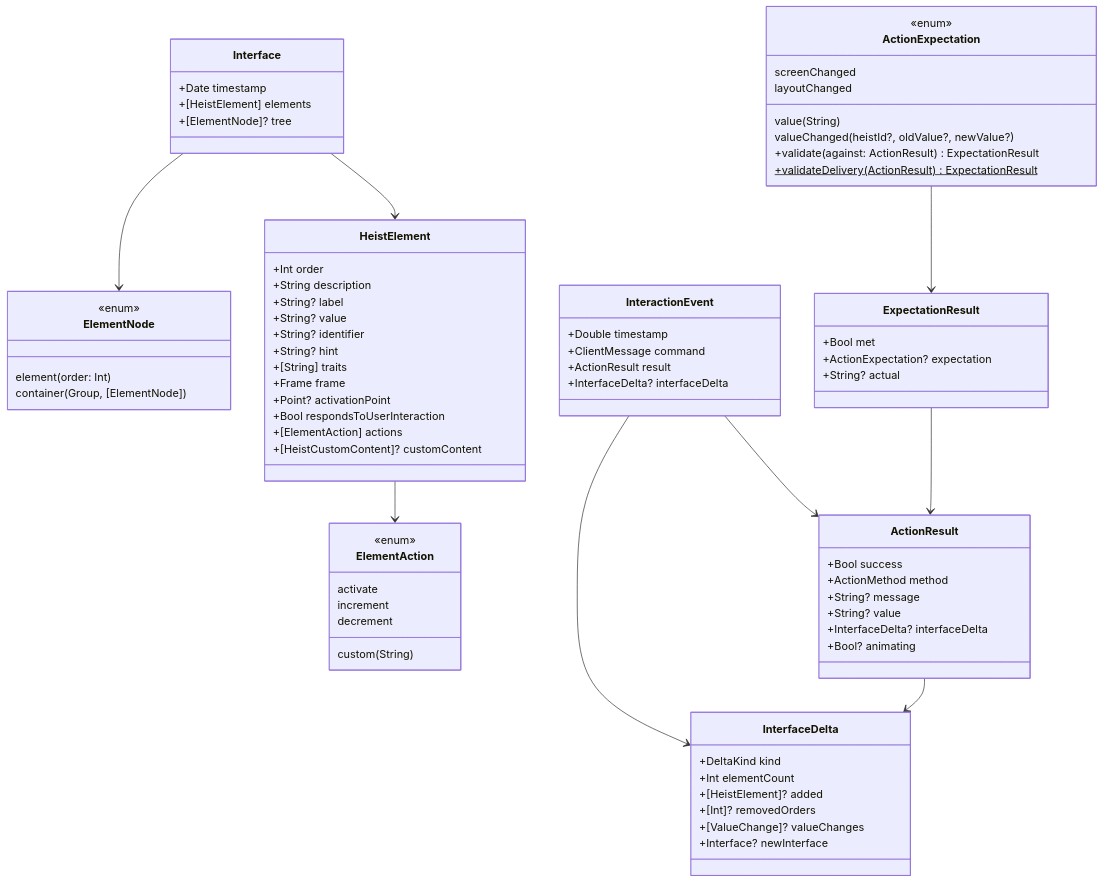
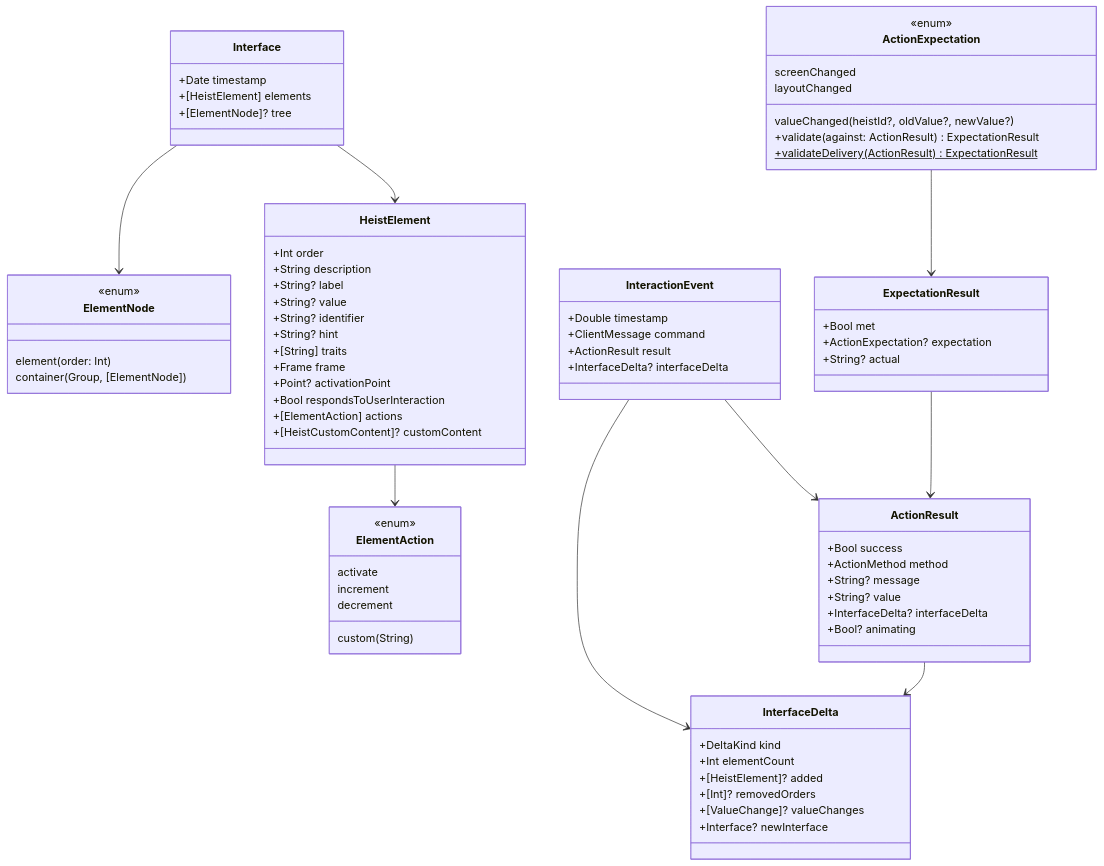
One commit to RoyalPineapple/TheButtonHeist changed the third of 3 diagrams in docs/dossiers/01-THESCORE.md. Above: the diagram before and after it, drawn with Mermaid. The commit also changed 9 other files, not shown here.

```diff
--- a/docs/dossiers/01-THESCORE.md
+++ b/docs/dossiers/01-THESCORE.md
@@ -156,7 +156,6 @@
 
     class ActionExpectation {
         <<enum>>
-        value(String)
         screenChanged
         layoutChanged
         valueChanged(heistId?, oldValue?, newValue?)
```
